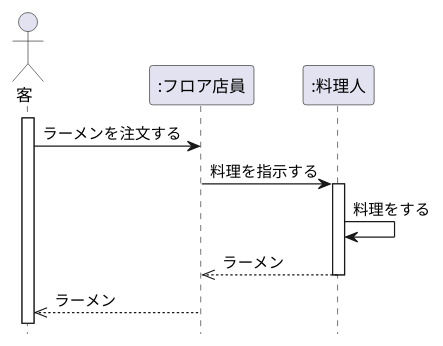
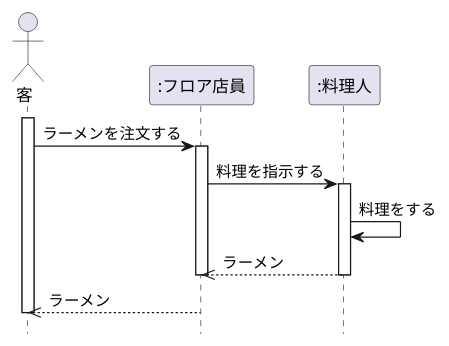
The diagram in 演習4-1_SD_ラーメン屋さんでの注文.pu (yutta444/uml-introduction), drawn with PlantUML before and after one commit. The commit also changed 2 other files, not shown here.

```diff
--- a/演習4-1_SD_ラーメン屋さんでの注文.pu
+++ b/演習4-1_SD_ラーメン屋さんでの注文.pu
@@ -1,17 +1,18 @@
 @startuml ラーメン屋さんでの注文
 hide footbox
 actor 客 as guest
-participant ":フロア店員"  as clerk 
-participant ":料理人" as conter
+participant ":フロア店員" as clerk
+participant ":料理人" as cooker
 activate guest
 guest -> clerk:ラーメンを注文する
-' activate class
-clerk ->conter:料理を指示する
-activate conter
-conter -> conter:料理をする
-clerk <<-- conter:ラーメン
-deactivate conter
+activate clerk
+clerk -> cooker:料理を指示する
+activate cooker
+cooker -> cooker:料理をする
+clerk <<-- cooker:ラーメン
+deactivate cooker
 deactivate clerk
-guest <<-- clerk:ラーメン 
-' deactivate class
+guest <<-- clerk:ラーメン
+deactivate guest
+
 @enduml
```
